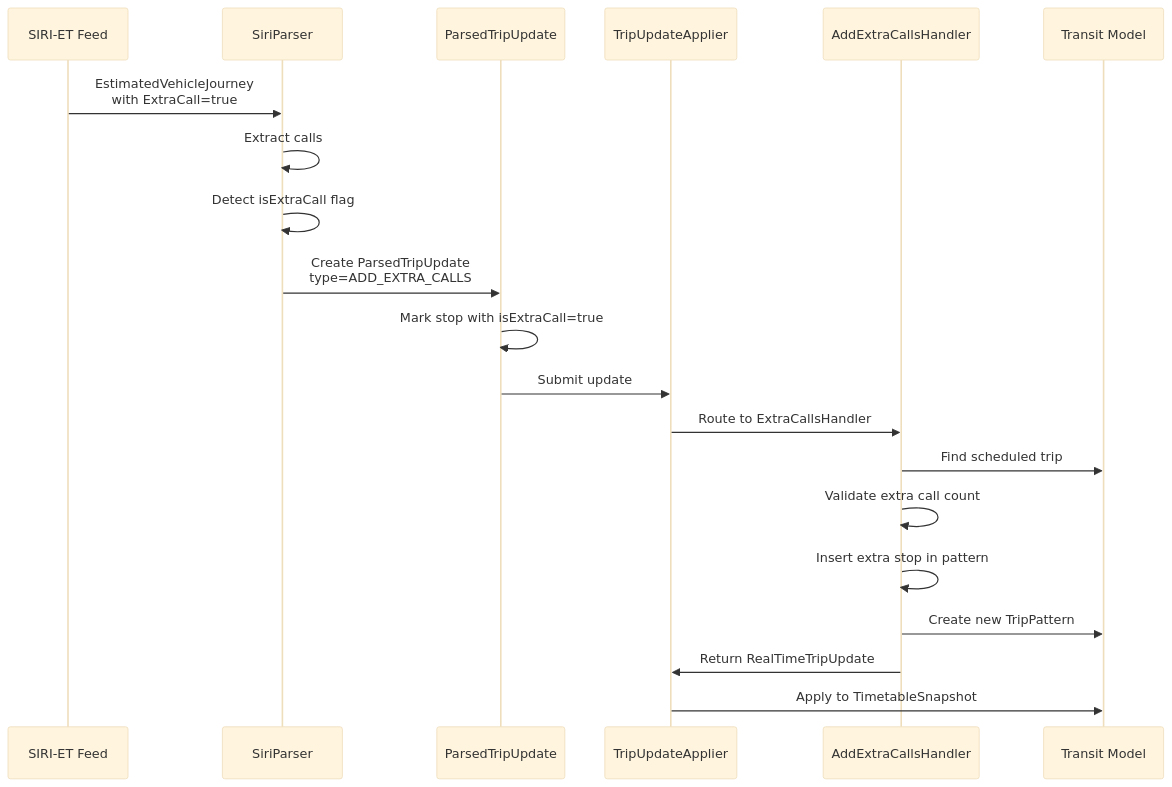
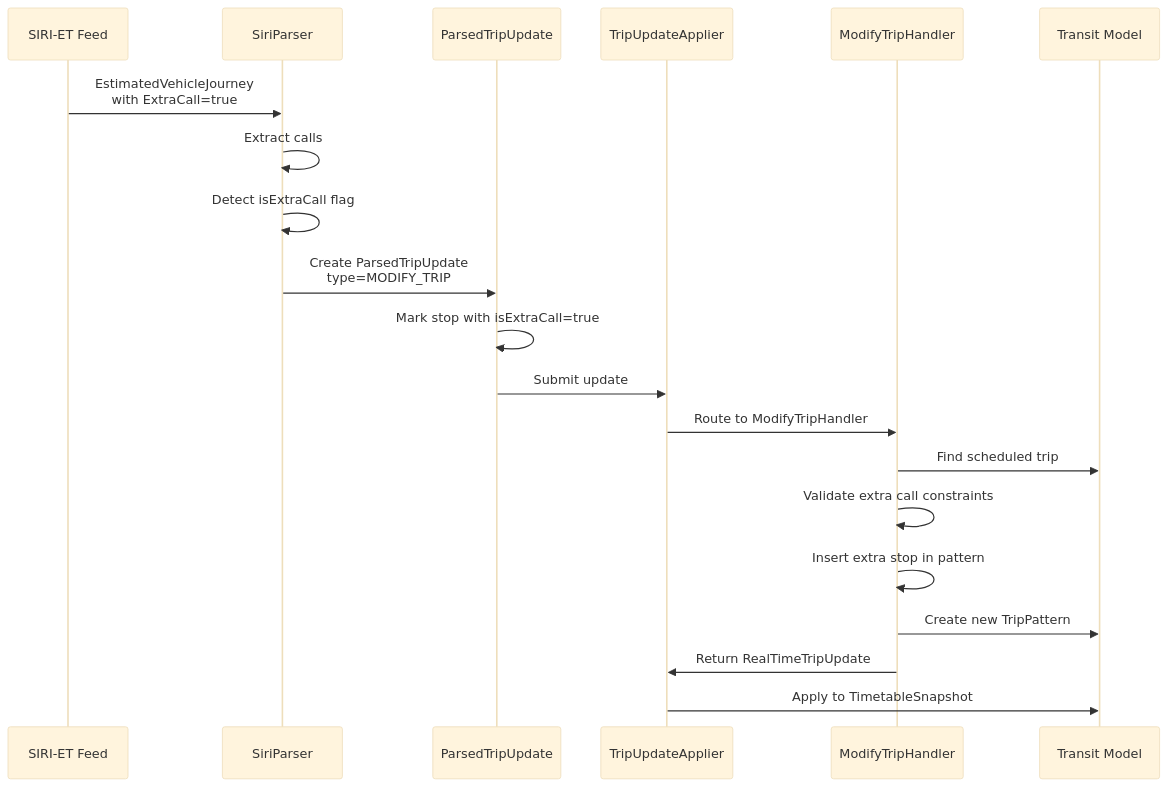
The eighth of 10 diagrams in docs/design/unified-realtime-updaters-with-diagrams.md (entur/OpenTripPlanner), drawn with Mermaid (base theme) before and after one commit. The commit also changed other lines of this file and 8 other files, not shown here.

Commit message:
Merge extra-call with modified trip

````diff
--- a/docs/design/unified-realtime-updaters-with-diagrams.md
+++ b/docs/design/unified-realtime-updaters-with-diagrams.md
@@ -826,23 +823,23 @@
 ```mermaid
 sequenceDiagram
     participant Feed as SIRI-ET Feed
     participant Parser as SiriParser
     participant Model as ParsedTripUpdate
     participant Applier as TripUpdateApplier
-    participant Handler as AddExtraCallsHandler
+    participant Handler as ModifyTripHandler
     participant Transit as Transit Model
-    
+
     Feed->>Parser: EstimatedVehicleJourney<br/>with ExtraCall=true
     Parser->>Parser: Extract calls
     Parser->>Parser: Detect isExtraCall flag
-    Parser->>Model: Create ParsedTripUpdate<br/>type=ADD_EXTRA_CALLS
+    Parser->>Model: Create ParsedTripUpdate<br/>type=MODIFY_TRIP
     Model->>Model: Mark stop with isExtraCall=true
     Model->>Applier: Submit update
-    Applier->>Handler: Route to ExtraCallsHandler
+    Applier->>Handler: Route to ModifyTripHandler
     Handler->>Transit: Find scheduled trip
-    Handler->>Handler: Validate extra call count
+    Handler->>Handler: Validate extra call constraints
     Handler->>Handler: Insert extra stop in pattern
     Handler->>Transit: Create new TripPattern
     Handler->>Applier: Return RealTimeTripUpdate
     Applier->>Transit: Apply to TimetableSnapshot
 ```
````
